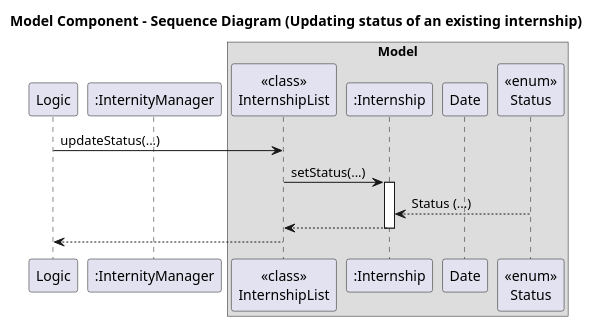
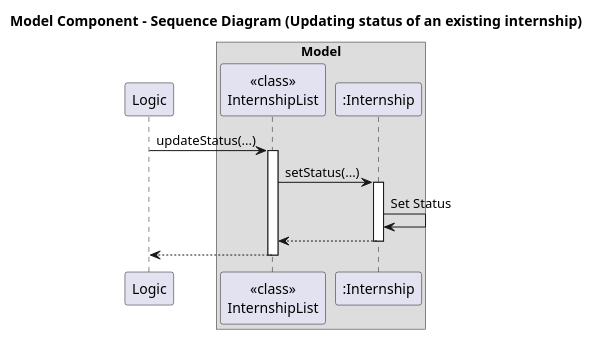
The diagram in docs/diagrams/ModelComponentSD_Update.puml (BenyAlbatross/tp), drawn with PlantUML before and after one commit. The commit also changed 1 other file, not shown here.

Commit message:
update ModelComponent Add and Update SDs add activation bars for consistency remove unused classes

```diff
--- a/docs/diagrams/ModelComponentSD_Update.puml
+++ b/docs/diagrams/ModelComponentSD_Update.puml
@@ -1,28 +1,26 @@
 @startuml
 title Model Component - Sequence Diagram (Updating status of an existing internship)
 ' Model Component Sequence Diagram
 ' Shows interactions between Logic, Model, InternshipList, Internship, Date and Status
 ' Additional abstract components: Logic (parses commands) and Storage (persists data)
 '
 participant Logic as "Logic"
 
-participant Model as ":InternityManager"
-
 box Model
 participant InternshipList as "<<class>>\nInternshipList"
 participant Internship as ":Internship"
-participant Date as "Date"
-participant Status as "<<enum>>\nStatus"
 endbox
 
 ' --- Scenario 2: Updating status of an existing internship ---
 Logic -> InternshipList: updateStatus(...)
+activate InternshipList
 InternshipList -> Internship: setStatus(...)
 activate Internship
-Internship <-- Status: Status (...)
+Internship -> Internship : Set Status
 Internship --> InternshipList
 deactivate Internship
 ' Persist change
 InternshipList --> Logic
+deactivate InternshipList
 
 @enduml
```
